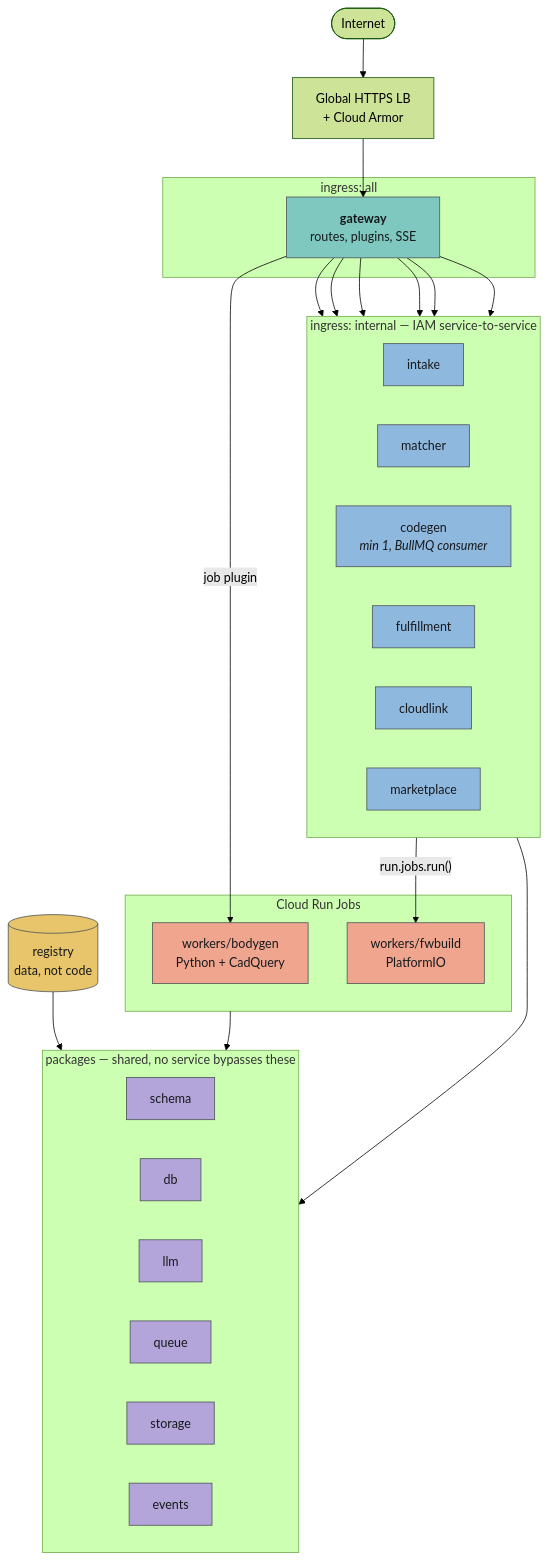
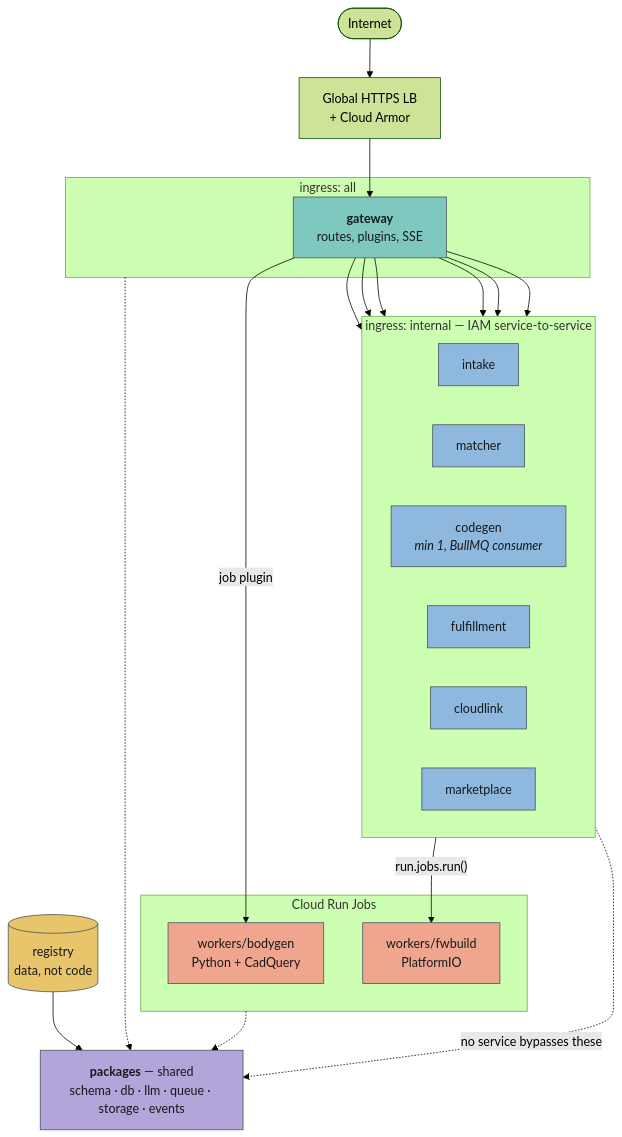
One commit to guitarpastdusk/albusforge changed the third of 9 diagrams in docs/ARCHITECTURE.md. Above: the diagram before and after it, drawn with Mermaid (forest theme). The commit also changed other lines of this file and 1 other file, not shown here.

Commit message:
Fix diagram rendering issues found in dark-mode review
Rendered all 19 diagrams via headless Chrome in both GitHub themes and
corrected what actually broke:

- service topology: packages drawn as one node with dotted edges from
  all three tiers, instead of one edge that read as intake -> schema
- tier gating: Tier 1 was a rhombus that ballooned to full height with
  six lines of text; Tier 0 was orphaned with no edges
- execution sites: the escalate edge label was occluded by the Cloud
  subgraph boundary
- ER diagram: the PARTS -> COMPAT_MATRIX label was clipped at the edge
- tier gating: two edge labels into the stop node overlapped

Claude-Session: https://claude.ai/code/session_013eonhaHoW1iJYXsNnmNbbQ

````diff
--- a/docs/ARCHITECTURE.md
+++ b/docs/ARCHITECTURE.md
@@ -148,55 +148,47 @@
 ```mermaid
 flowchart TB
     NET(["Internet"]) --> LB["Global HTTPS LB<br/>+ Cloud Armor"]
     LB --> GW
 
     subgraph PUB["ingress: all"]
         GW["<b>gateway</b><br/>routes, plugins, SSE"]
     end
 
     subgraph INT["ingress: internal — IAM service-to-service"]
         direction LR
         IN["intake"]
         MA["matcher"]
         CG["codegen<br/><i>min 1, BullMQ consumer</i>"]
         FU["fulfillment"]
         CL["cloudlink"]
         MK["marketplace"]
     end
 
     subgraph JOBS["Cloud Run Jobs"]
         BG["workers/bodygen<br/>Python + CadQuery"]
         FW["workers/fwbuild<br/>PlatformIO"]
     end
 
     GW --> IN & MA & CG & FU & CL & MK
     CG -->|"run.jobs.run()"| FW
     GW -->|"job plugin"| BG
 
-    subgraph PKG["packages — shared, no service bypasses these"]
-        direction LR
-        SC["schema"]
-        DB["db"]
-        LLM["llm"]
-        Q["queue"]
-        ST["storage"]
-        EV["events"]
-    end
-
-    INT --> PKG
-    JOBS --> ST
-    REG[("registry<br/>data, not code")] --> SC
+    PKG["<b>packages</b> — shared<br/>schema · db · llm · queue · storage · events"]
+    PUB -.-> PKG
+    INT -.->|"no service bypasses these"| PKG
+    JOBS -.-> PKG
+    REG[("registry<br/>data, not code")] --> PKG
 
     classDef gen fill:#8fb8de,stroke:#4a5157,color:#16191c
     classDef phys fill:#f0a58f,stroke:#4a5157,color:#16191c
     classDef loc fill:#7fc8c0,stroke:#4a5157,color:#16191c
     classDef comm fill:#b3a4d9,stroke:#4a5157,color:#16191c
     classDef mot fill:#e8c56b,stroke:#4a5157,color:#16191c
     classDef nrg fill:#9bc99b,stroke:#4a5157,color:#16191c
     classDef gap fill:#ffffff,stroke:#b4482c,stroke-width:2px,color:#16191c,stroke-dasharray:4 3
     class GW loc
     class IN,MA,CG,FU,CL,MK gen
     class BG,FW phys
-    class SC,DB,LLM,Q,ST,EV comm
+    class PKG comm
     class REG mot
 ```
````
